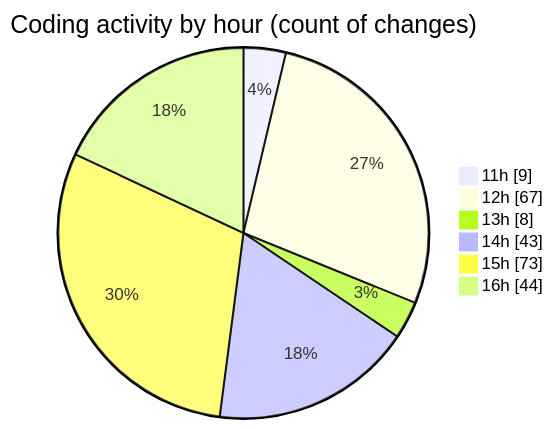
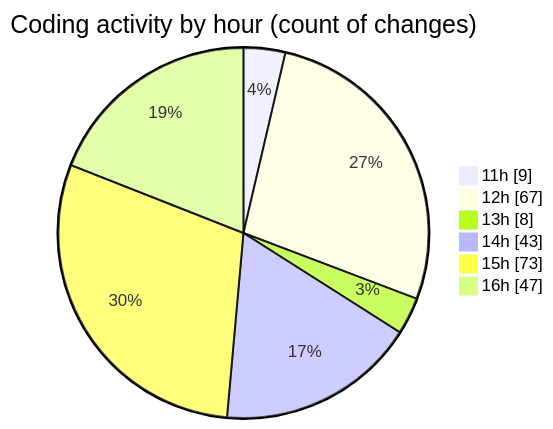
The second of 2 diagrams in 2026-08-23/nxtqube_webapp/README.md (nxtqubesakshisongat/code-tracking), drawn with Mermaid before and after one commit. The commit also changed other lines of this file and 1 other file, not shown here.

````diff
--- a/2026-08-23/nxtqube_webapp/README.md
+++ b/2026-08-23/nxtqube_webapp/README.md
@@ -101,10 +102,10 @@
 ```mermaid
 pie showData
 title Coding activity by hour (count of changes)
 "11h" : 9
 "12h" : 67
 "13h" : 8
 "14h" : 43
 "15h" : 73
-"16h" : 44
+"16h" : 47
 ```
````
